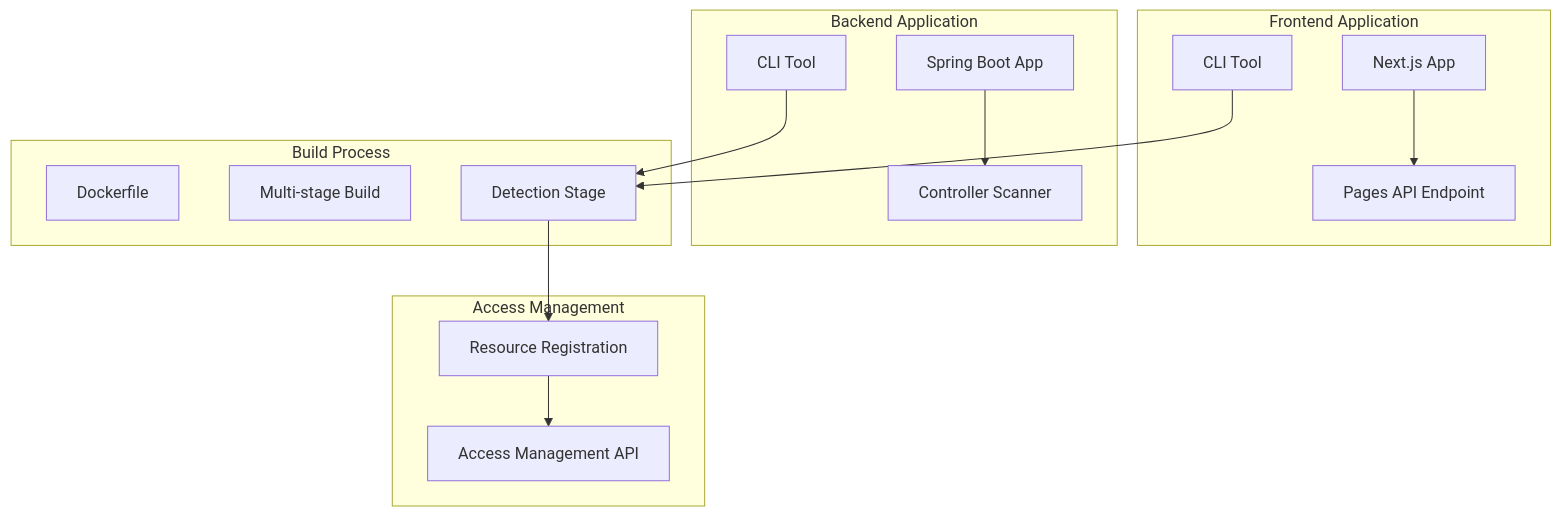
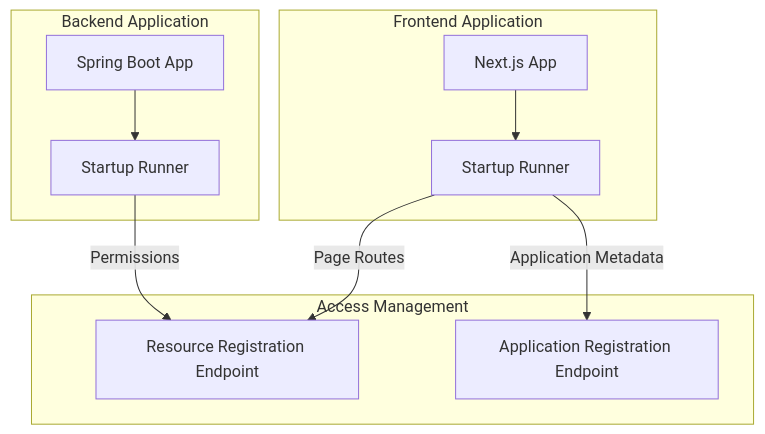
Before and after one commit to NOSiCode-CV/igrp-platform-access-management: the diagram in PAGE_DETECTION_SPECS.md, drawn with Mermaid. The commit also changed other lines of this file, not shown here.

Commit message:
update page detection documentation

````diff
--- a/PAGE_DETECTION_SPECS.md
+++ b/PAGE_DETECTION_SPECS.md
@@ -28,32 +28,23 @@
 ```mermaid
 graph TB
     subgraph Frontend Application
         A[Next.js App]
-        B[Pages API Endpoint]
-        C[CLI Tool]
+        B[Startup Runner]
     end
     
     subgraph Backend Application
-        D[Spring Boot App]
-        E[Controller Scanner]
-        F[CLI Tool]
-    end
-    
-    subgraph Build Process
-        G[Dockerfile]
-        H[Multi-stage Build]
-        I[Detection Stage]
+        C[Spring Boot App]
+        D[Startup Runner]
     end
     
     subgraph Access Management
-        J[Resource Registration]
-        K[Access Management API]
+        G[Resource Registration Endpoint]
+        H[Application Registration Endpoint]
     end
     
-    A --> B
-    C --> I
-    D --> E
-    F --> I
-    I --> J
-    J --> K
+   A --> B
+   B --> |Page Routes| G
+   B --> |Application Metadata| H
+   C --> D
+   D --> |Permissions| G
 ```
````
